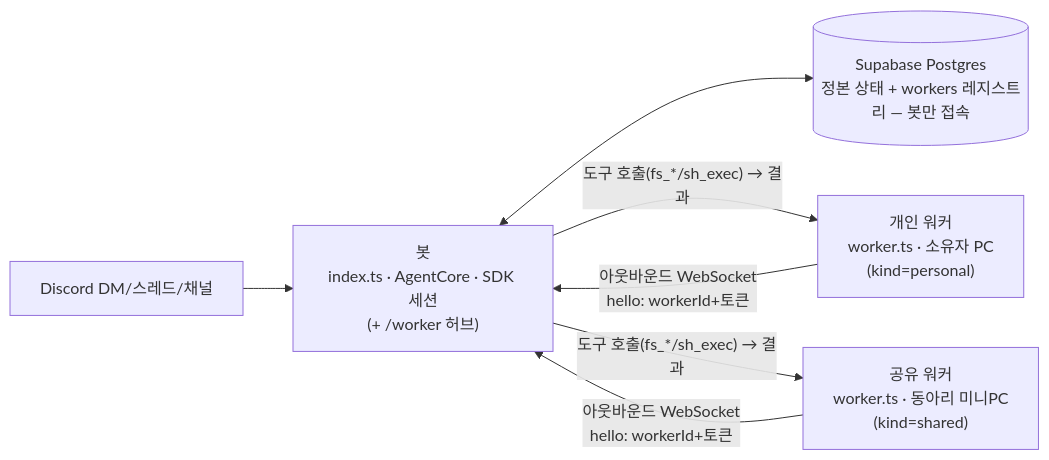
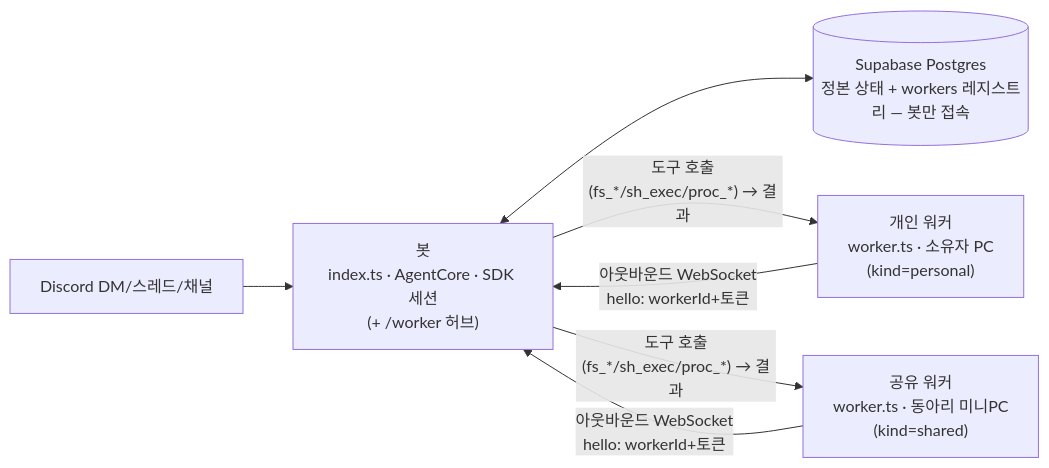
One commit to semicollon-club/asahi changed the diagram in docs/architecture/overview.md. Above: the diagram before and after it, drawn with Mermaid. The commit also changed other lines of this file and 2 other files, not shown here.

First line of the commit message:
docs(architecture): 원격 도구 11종 표기를 소스와 맞추고 proc_* 보호 가드를 반영한다

````diff
--- a/docs/architecture/overview.md
+++ b/docs/architecture/overview.md
@@ -144,9 +144,9 @@
 ```mermaid
 flowchart LR
   U[Discord DM/스레드/채널] --> B["봇\nindex.ts · AgentCore · SDK 세션\n(+ /worker 허브)"]
   B <--> DB[(Supabase Postgres\n정본 상태 + workers 레지스트리 — 봇만 접속)]
   W1["개인 워커\nworker.ts · 소유자 PC\n(kind=personal)"] -- "아웃바운드 WebSocket\nhello: workerId+토큰" --> B
   W2["공유 워커\nworker.ts · 동아리 미니PC\n(kind=shared)"] -- "아웃바운드 WebSocket\nhello: workerId+토큰" --> B
-  B -- "도구 호출(fs_*/sh_exec) → 결과" --> W1
-  B -- "도구 호출(fs_*/sh_exec) → 결과" --> W2
+  B -- "도구 호출(fs_*/sh_exec/proc_*) → 결과" --> W1
+  B -- "도구 호출(fs_*/sh_exec/proc_*) → 결과" --> W2
 ```
````
